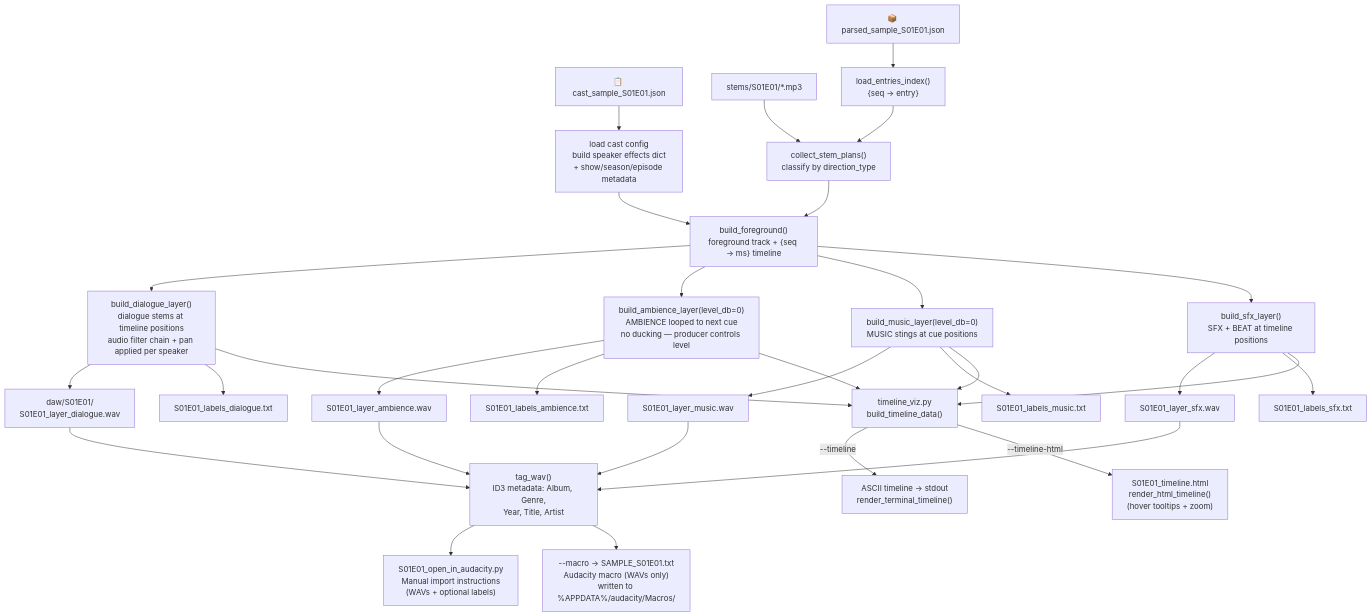
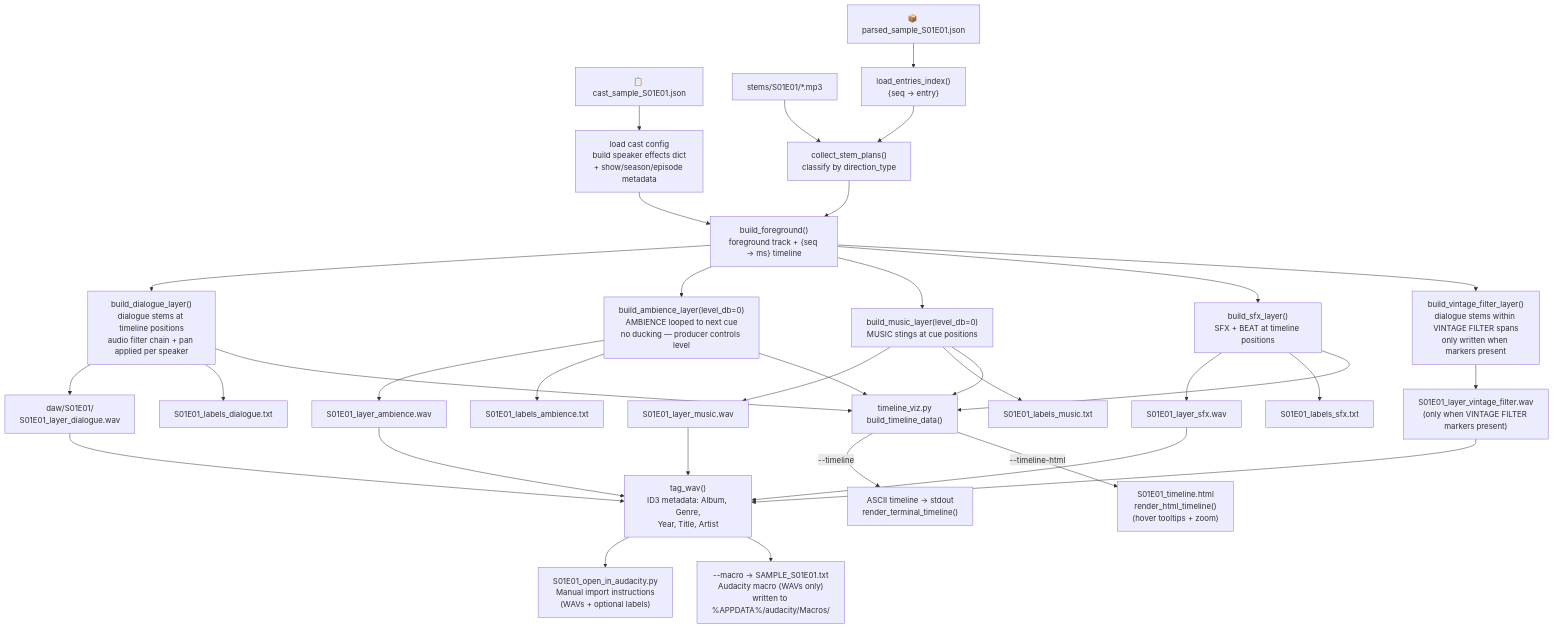
One commit to xilcmd/xil-pipeline changed the ninth of 24 diagrams in docs/pipeline.md. Above: the diagram before and after it, drawn with Mermaid. The commit also changed other lines of this file and 9 other files, not shown here.

````diff
--- a/docs/pipeline.md
+++ b/docs/pipeline.md
@@ -502,68 +502,75 @@
 ```mermaid
 flowchart TD
     C5["`📋 cast_sample_S01E01.json`"]
     J5["`📦 parsed_sample_S01E01.json`"]
     ST5["`stems/S01E01/*.mp3`"]
 
     C5 --> L5["`load cast config
     build speaker effects dict
     + show/season/episode metadata`"]
     J5 --> IDX5["`load_entries_index()
     {seq → entry}`"]
     ST5 --> PLANS5["`collect_stem_plans()
     classify by direction_type`"]
     IDX5 --> PLANS5
 
     PLANS5 --> TL5
 
     TL5["`build_foreground()
     foreground track + {seq → ms} timeline`"]
     L5 --> TL5
 
     TL5 --> DLG5["`build_dialogue_layer()
     dialogue stems at timeline positions
     audio filter chain + pan applied per speaker`"]
     TL5 --> AMB5["`build_ambience_layer(level_db=0)
     AMBIENCE looped to next cue
     no ducking — producer controls level`"]
     TL5 --> MUS5["`build_music_layer(level_db=0)
     MUSIC stings at cue positions`"]
     TL5 --> SFX5["`build_sfx_layer()
     SFX + BEAT at timeline positions`"]
 
+    TL5 --> VF5["`build_vintage_filter_layer()
+    dialogue stems within VINTAGE FILTER spans
+    only written when markers present`"]
+
     DLG5 --> WAV1["`daw/S01E01/
     S01E01_layer_dialogue.wav`"]
     AMB5 --> WAV2["S01E01_layer_ambience.wav"]
     MUS5 --> WAV3["S01E01_layer_music.wav"]
     SFX5 --> WAV4["S01E01_layer_sfx.wav"]
+    VF5 --> WAV5["`S01E01_layer_vintage_filter.wav
+    (only when VINTAGE FILTER markers present)`"]
 
     WAV1 --> TAG5["`tag_wav()
     ID3 metadata: Album, Genre,
     Year, Title, Artist`"]
     WAV2 --> TAG5
     WAV3 --> TAG5
     WAV4 --> TAG5
+    WAV5 --> TAG5
 
     DLG5 --> LBL1["S01E01_labels_dialogue.txt"]
     AMB5 --> LBL2["S01E01_labels_ambience.txt"]
     MUS5 --> LBL3["S01E01_labels_music.txt"]
     SFX5 --> LBL4["S01E01_labels_sfx.txt"]
 
     TAG5 --> SCRIPT5["`S01E01_open_in_audacity.py
     Manual import instructions
     (WAVs + optional labels)`"]
     TAG5 --> MACRO5["`--macro → SAMPLE_S01E01.txt
     Audacity macro (WAVs only)
     written to %APPDATA%/audacity/Macros/`"]
 
     DLG5 --> TLVIZ["`timeline_viz.py
     build_timeline_data()`"]
     AMB5 --> TLVIZ
     MUS5 --> TLVIZ
     SFX5 --> TLVIZ
     TLVIZ -->|"--timeline"| ASCII5["`ASCII timeline → stdout
     render_terminal_timeline()`"]
     TLVIZ -->|"--timeline-html"| HTML5["`S01E01_timeline.html
     render_html_timeline()
     (hover tooltips + zoom)`"]
 ```
````
